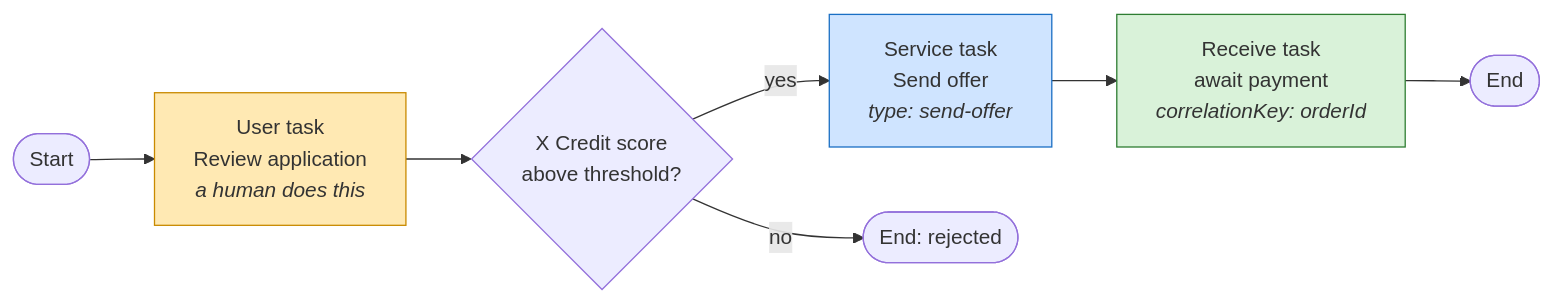
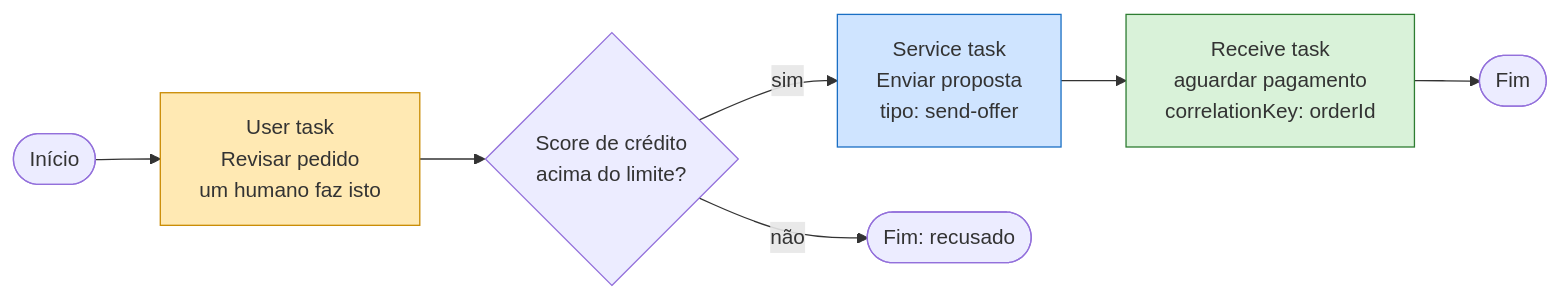
The diagram in docs/lessons/000-camunda-bpmn-concepts/lesson.md (yureplacido/camunda8-learning-lab), drawn with Mermaid before and after one commit. The commit also changed other lines of this file and 28 other files, not shown here.

First line of the commit message:
fix(lesson-000-001): tighten claims, correct ports, add diagram reviews

````diff
--- a/docs/lessons/000-camunda-bpmn-concepts/lesson.md
+++ b/docs/lessons/000-camunda-bpmn-concepts/lesson.md
@@ -281,13 +179,13 @@
 ```mermaid
 flowchart LR
-    S([Start]) --> U["User task<br/>Review application<br/><i>a human does this</i>"]
-    U --> G{X Credit score<br/>above threshold?}
-    G -- yes --> SV["Service task<br/>Send offer<br/><i>type: send-offer</i>"]
-    G -- no --> E1([End: rejected])
-    SV --> R["Receive task<br/>await payment<br/><i>correlationKey: orderId</i>"]
-    R --> E2([End])
+    INI([Início]) --> UT["User task<br/>Revisar pedido<br/>um humano faz isto"]
+    UT --> GW{"Score de crédito<br/>acima do limite?"}
+    GW -- sim --> ST["Service task<br/>Enviar proposta<br/>tipo: send-offer"]
+    GW -- não --> REJ([Fim: recusado])
+    ST --> RT["Receive task<br/>aguardar pagamento<br/>correlationKey: orderId"]
+    RT --> FIM([Fim])
 
-    style U fill:#ffe9b3,stroke:#c98a00
-    style SV fill:#cfe4ff,stroke:#1a6fc4
-    style R fill:#d9f2d9,stroke:#2e7d32
+    style UT fill:#ffe9b3,stroke:#c98a00
+    style ST fill:#cfe4ff,stroke:#1a6fc4
+    style RT fill:#d9f2d9,stroke:#2e7d32
 ```
````
